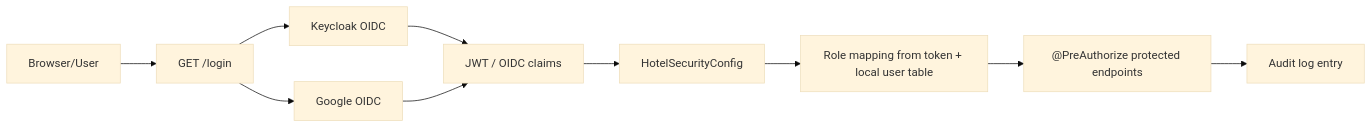
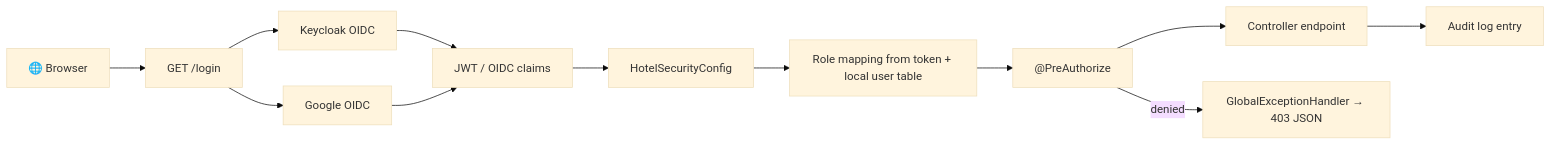
Before and after one commit to byte2code/hotel-management-api: the first of 3 diagrams in README.md, drawn with Mermaid (base theme). The commit also changed other lines of this file and 1 other file, not shown here.

Commit message:
Add README badges and refresh architecture diagrams

````diff
--- a/README.md
+++ b/README.md
@@ -231,12 +235,14 @@
 ```mermaid
 flowchart LR
-    Browser[Browser/User] --> Login["GET /login"]
+    Browser["🌐 Browser"] --> Login["GET /login"]
     Login --> Keycloak["Keycloak OIDC"]
     Login --> Google["Google OIDC"]
     Keycloak --> Token["JWT / OIDC claims"]
     Google --> Token
     Token --> Security["HotelSecurityConfig"]
     Security --> RoleMap["Role mapping from token + local user table"]
-    RoleMap --> Secured["@PreAuthorize protected endpoints"]
-    Secured --> Audit["Audit log entry"]
+    RoleMap --> PreAuth["@PreAuthorize"]
+    PreAuth --> Endpoint["Controller endpoint"]
+    Endpoint --> Audit["Audit log entry"]
+    PreAuth -->|denied| ExHandler["GlobalExceptionHandler → 403 JSON"]
 ```
````
